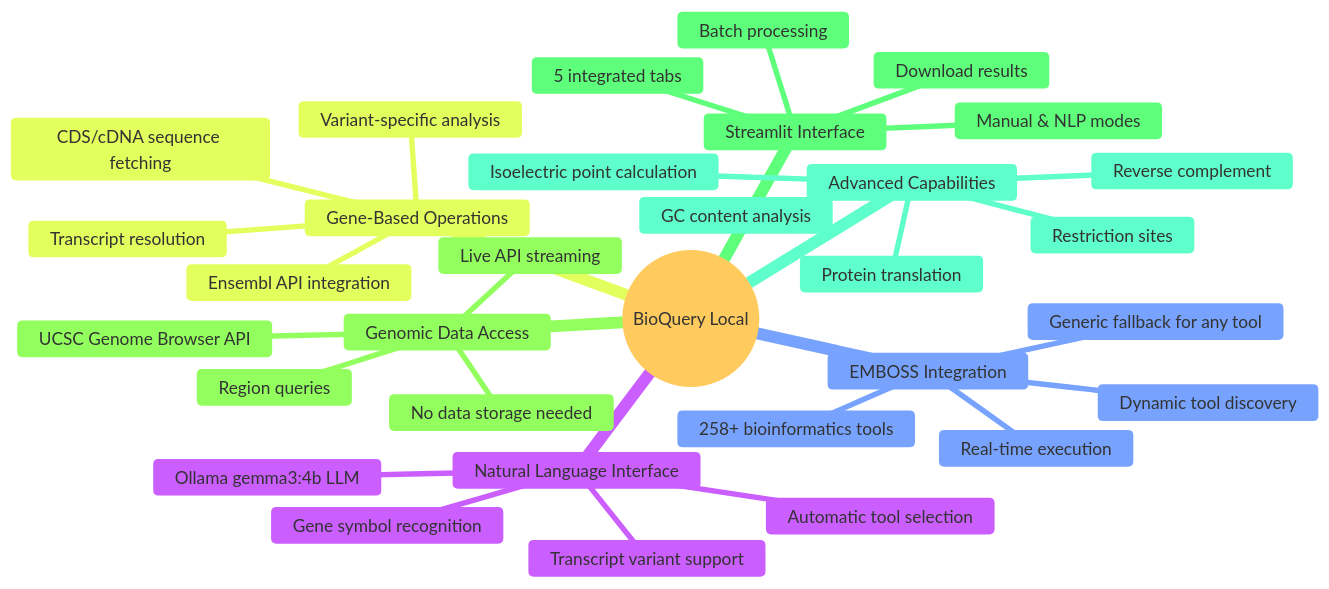
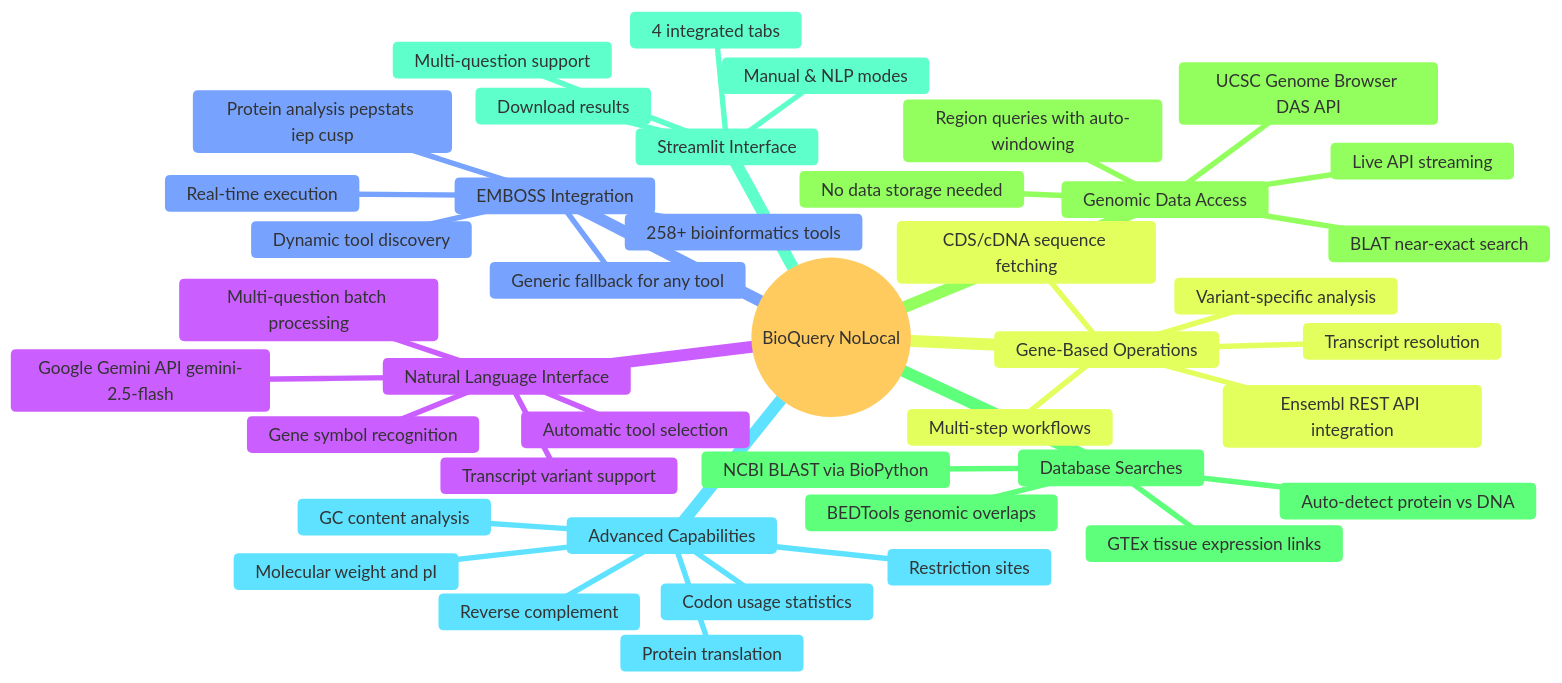
Before and after one commit to caagendaz/BME110-final: the seventh of 9 diagrams in docs/ARCHITECTURE.md, drawn with Mermaid. The commit also changed other lines of this file, not shown here.

Commit message:
Update ARCHITECTURE.md flowcharts to reflect Gemini API, Python 3.12, multi-question mode, and new tools

````diff
--- a/docs/ARCHITECTURE.md
+++ b/docs/ARCHITECTURE.md
@@ -223,37 +241,47 @@
 ```mermaid
 mindmap
-  root((BioQuery Local))
+  root((BioQuery NoLocal))
     Natural Language Interface
-      Ollama gemma3:4b LLM
+      Google Gemini API gemini-2.5-flash
       Automatic tool selection
       Gene symbol recognition
       Transcript variant support
+      Multi-question batch processing
     EMBOSS Integration
       258+ bioinformatics tools
       Dynamic tool discovery
       Generic fallback for any tool
       Real-time execution
+      Protein analysis pepstats iep cusp
     Gene-Based Operations
-      Ensembl API integration
+      Ensembl REST API integration
       Transcript resolution
       CDS/cDNA sequence fetching
       Variant-specific analysis
+      Multi-step workflows
     Genomic Data Access
-      UCSC Genome Browser API
-      Region queries
+      UCSC Genome Browser DAS API
+      BLAT near-exact search
+      Region queries with auto-windowing
       No data storage needed
       Live API streaming
+    Database Searches
+      NCBI BLAST via BioPython
+      Auto-detect protein vs DNA
+      BEDTools genomic overlaps
+      GTEx tissue expression links
     Streamlit Interface
-      5 integrated tabs
+      4 integrated tabs
       Manual & NLP modes
-      Batch processing
+      Multi-question support
       Download results
     Advanced Capabilities
       Protein translation
+      Molecular weight and pI
       Reverse complement
       Restriction sites
       GC content analysis
-      Isoelectric point calculation
+      Codon usage statistics
   
   %%{init: { 'theme': 'base', 'primaryColor':'#42a5f5', 'primaryTextColor':'#fff', 'primaryBorderColor':'#1e88e5', 'secondBkgColor':'#66bb6a', 'tertiaryColor':'#ef5350', 'tertiaryTextColor':'#fff', 'textPlacement': 'center', 'mindmapBkg':'transparent', 'nodeBkg':'transparent'} }%%
 ```
````
